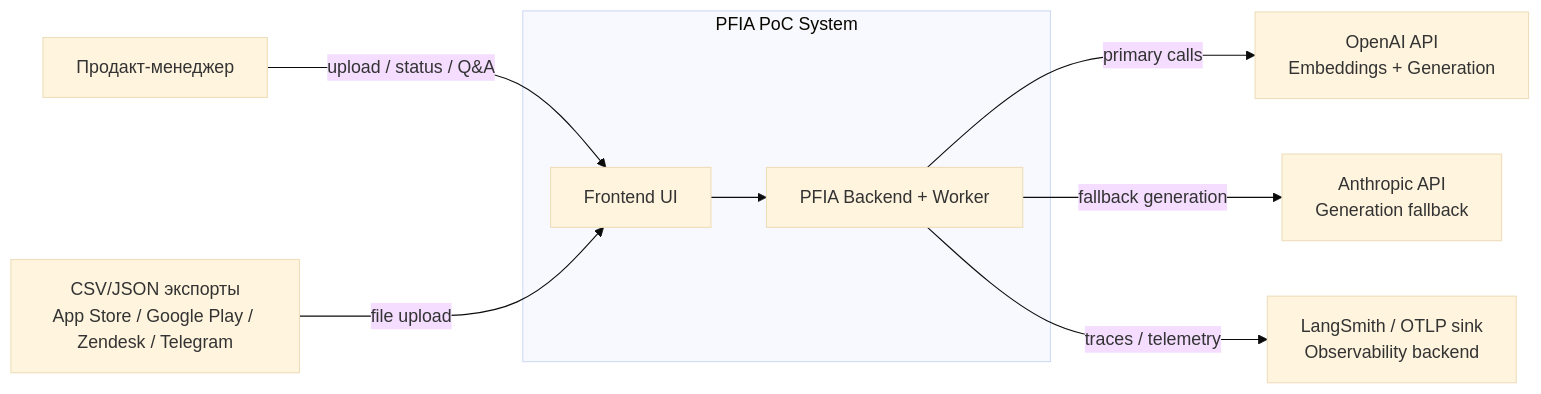
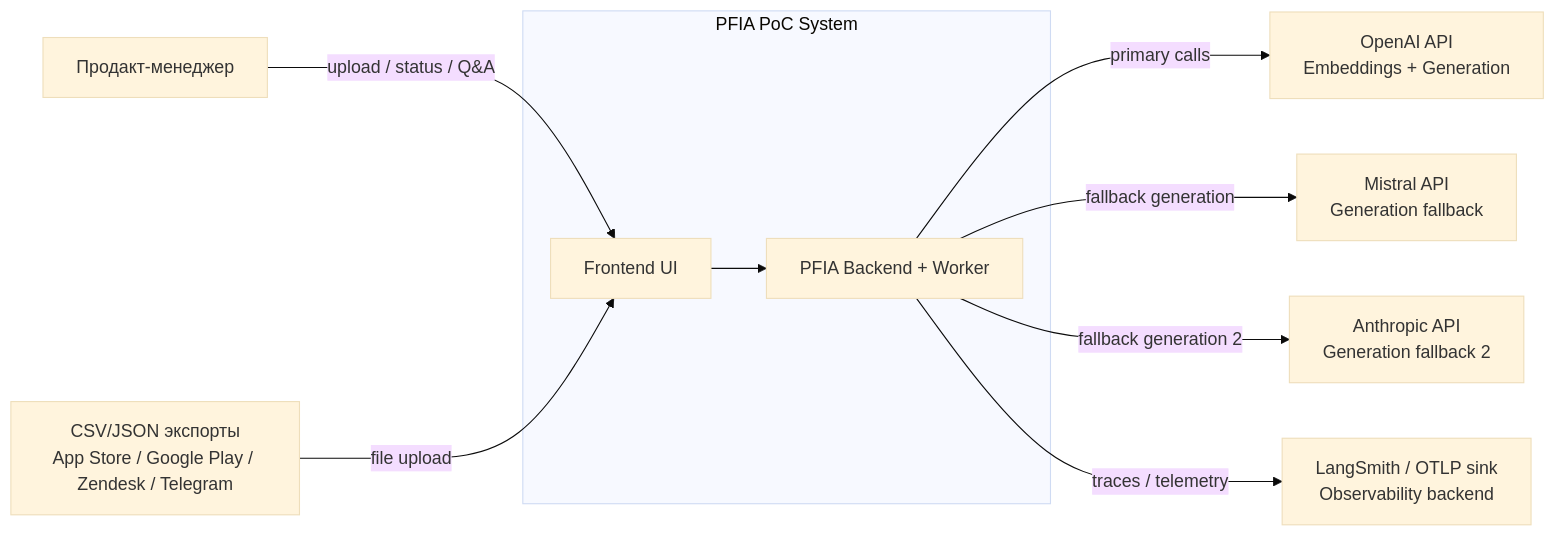
Before and after one commit to rizvansky/product-feedback-intelligence-agent: the diagram in docs/diagrams/c4-context.md, drawn with Mermaid (base theme). The commit also changed 48 other files, not shown here.

````diff
--- a/docs/diagrams/c4-context.md
+++ b/docs/diagrams/c4-context.md
@@ -5,21 +5,23 @@
 ```mermaid
 flowchart LR
     user["Продакт-менеджер"]
     exports["CSV/JSON экспорты<br/>App Store / Google Play / Zendesk / Telegram"]
 
     subgraph pfia["PFIA PoC System"]
         ui["Frontend UI"]
         core["PFIA Backend + Worker"]
     end
 
     openai["OpenAI API<br/>Embeddings + Generation"]
-    anthropic["Anthropic API<br/>Generation fallback"]
+    mistral["Mistral API<br/>Generation fallback"]
+    anthropic["Anthropic API<br/>Generation fallback 2"]
     obs["LangSmith / OTLP sink<br/>Observability backend"]
 
     user -->|upload / status / Q&A| ui
     exports -->|file upload| ui
     ui --> core
     core -->|primary calls| openai
-    core -->|fallback generation| anthropic
+    core -->|fallback generation| mistral
+    core -->|fallback generation 2| anthropic
     core -->|traces / telemetry| obs
 ```
````
